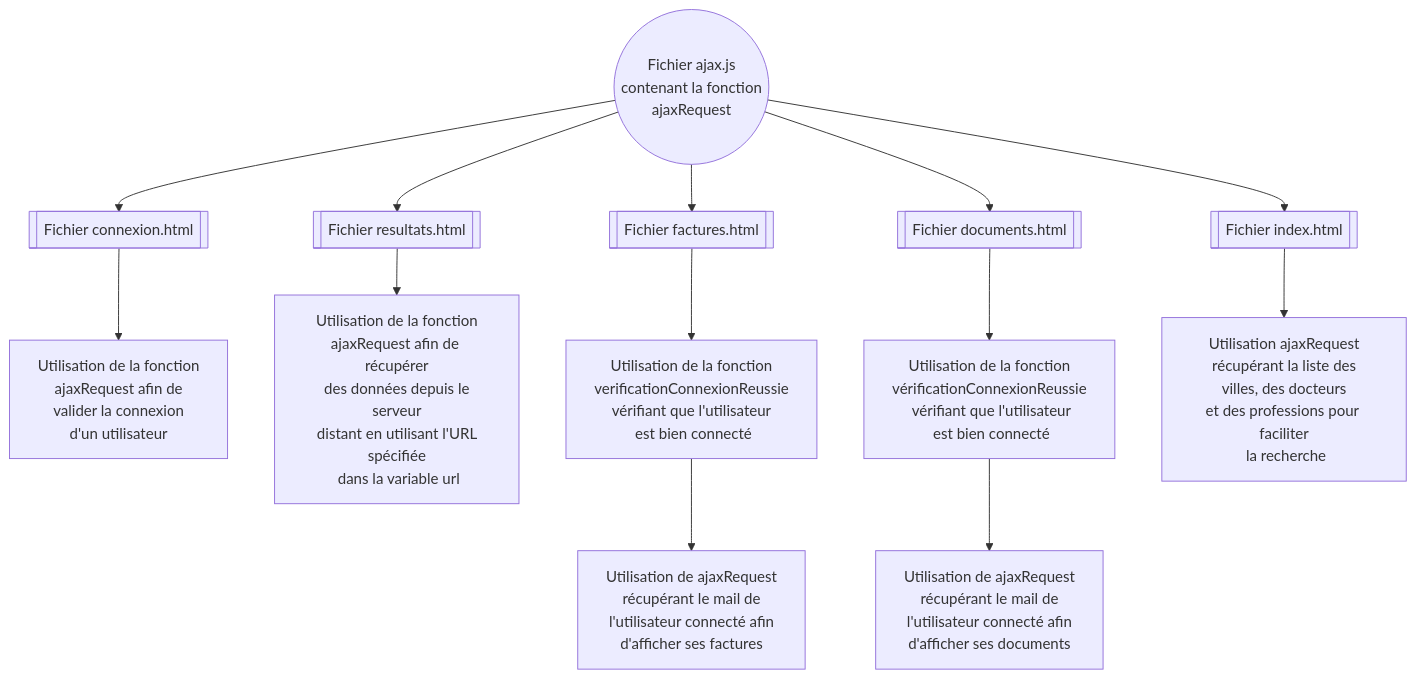
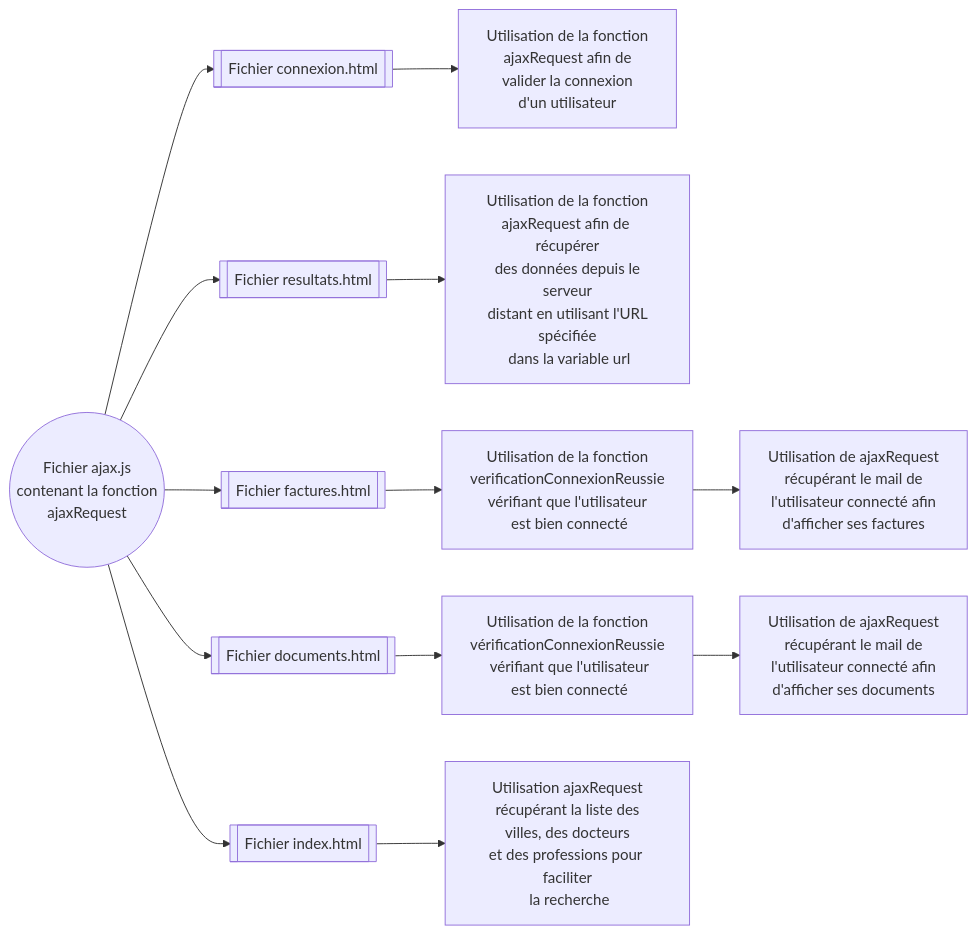
The third of 10 diagrams in FRONT_END/README.md (Alexis-LF/projet-site-securise), drawn with Mermaid before and after one commit. The commit also changed other lines of this file, not shown here.

Commit message:
Schema cookie.js

````diff
--- a/FRONT_END/README.md
+++ b/FRONT_END/README.md
@@ -119,26 +119,26 @@
 ```mermaid
 
-flowchart TD;
+flowchart LR;
 
     %% racine
 
     idajax((Fichier ajax.js\n contenant la fonction\najaxRequest))
     idajax-->idconnexion[[Fichier connexion.html]]
     idajax-->idresultats[[Fichier resultats.html]]
     idajax-->idfactures[[Fichier factures.html]]
     idajax-->iddocuments[[Fichier documents.html]]
     idajax-->idindex[[Fichier index.html]]
 
     idconnexion-->idconnexion2[Utilisation de la fonction\najaxRequest afin de\n valider la connexion\n d'un utilisateur]
 
     idresultats-->idresultats2[Utilisation de la fonction\najaxRequest afin de récupérer\n des données depuis le serveur\n distant en utilisant l'URL spécifiée\n dans la variable url]
 
     idfactures-->idfactures2[Utilisation de la fonction\nverificationConnexionReussie\nvérifiant que l'utilisateur\n est bien connecté]
     idfactures2-->idfactures3[Utilisation de ajaxRequest\nrécupérant le mail de \n l'utilisateur connecté afin\n d'afficher ses factures]
 
     iddocuments-->iddocuments2[Utilisation de la fonction\nvérificationConnexionReussie\n vérifiant que l'utilisateur\n est bien connecté ]
     iddocuments2-->iddocuments3[Utilisation de ajaxRequest\nrécupérant le mail de \n l'utilisateur connecté afin\n d'afficher ses documents]
 
     idindex-->idindex2[Utilisation ajaxRequest\n récupérant la liste des villes, des docteurs\net des professions pour faciliter\n la recherche]
    
 ```
````
